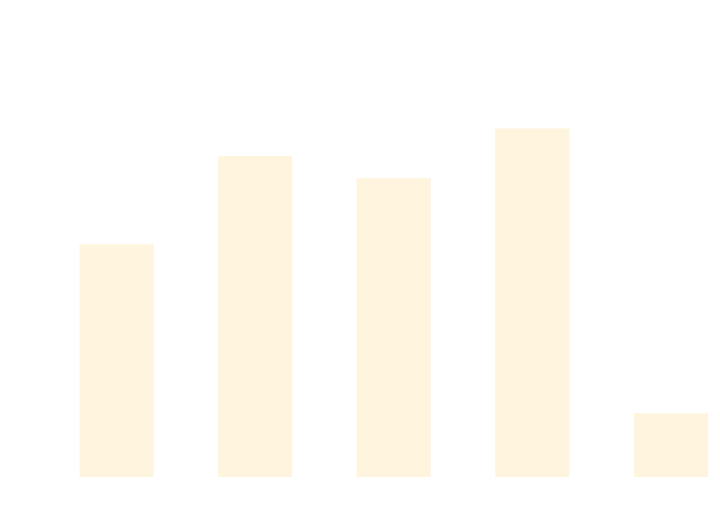
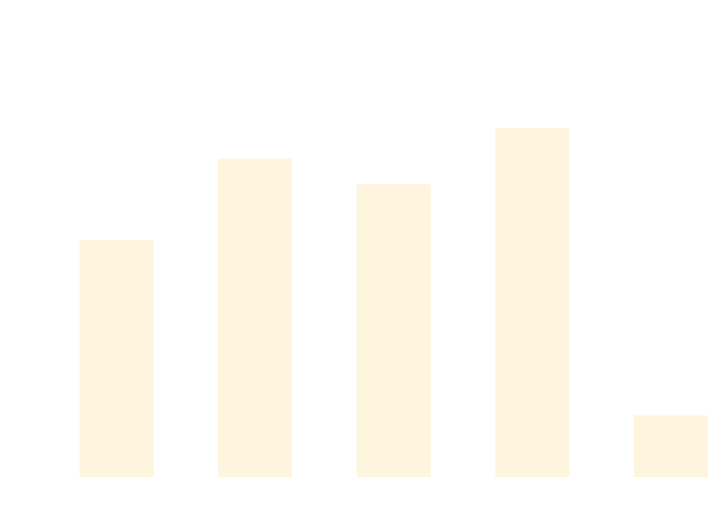
The diagram in docs/docs/benchmarks/AsyncTests.md (thomhurst/TUnit), drawn with Mermaid before and after one commit. The commit also changed other lines of this file and 17 other files, not shown here.

````diff
--- a/docs/docs/benchmarks/AsyncTests.md
+++ b/docs/docs/benchmarks/AsyncTests.md
@@ -27,37 +27,37 @@
 ```mermaid
 %%{init: {
   'theme':'base',
   'themeVariables': {
     'primaryColor': '#2563eb',
     'primaryTextColor': '#ffffff',
     'primaryBorderColor': '#1e40af',
     'lineColor': '#6b7280',
     'secondaryColor': '#7c3aed',
     'tertiaryColor': '#dc2626',
     'background': '#ffffff',
     'mainBkg': '#2563eb',
     'secondBkg': '#7c3aed',
     'tertiaryBkg': '#dc2626',
     'clusterBkg': '#f3f4f6',
     'edgeLabelBackground': '#ffffff',
     'tertiaryTextColor': '#1f2937',
     'pie1': '#2563eb',
     'pie2': '#7c3aed',
     'pie3': '#dc2626',
     'pie4': '#f59e0b',
     'pie5': '#10b981',
     'pie6': '#06b6d4',
     'pie7': '#ec4899',
     'pie8': '#6366f1',
     'pie9': '#84cc16',
     'pie10': '#f97316',
     'pie11': '#14b8a6',
     'pie12': '#a855f7'
   }
 }}%%
 xychart-beta
   title "AsyncTests Performance Comparison"
   x-axis ["TUnit", "NUnit", "MSTest", "xUnit3", "TUnit_AOT"]
-  y-axis "Time (ms)" 0 --> 894
-  bar [491.2, 684.3, 635.6, 744.4, 122.1]
+  y-axis "Time (ms)" 0 --> 933
+  bar [521.8, 708.3, 649.3, 777, 122.5]
 ```
````
